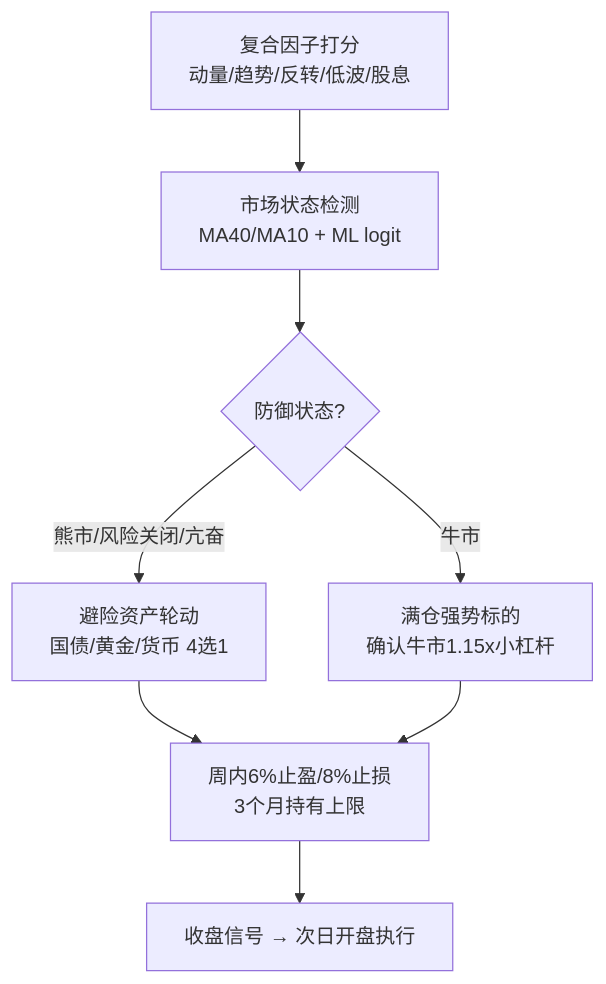
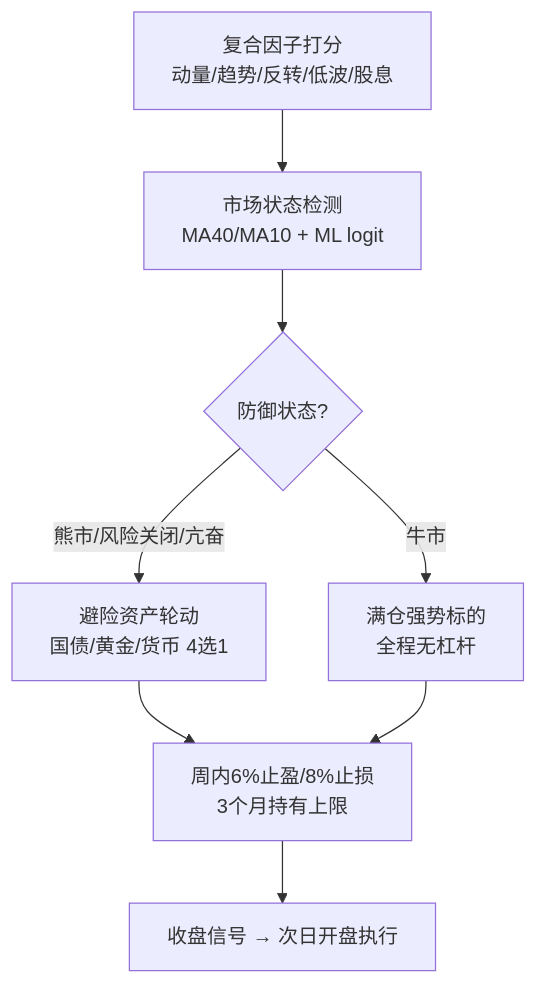
One commit to zhiheng-zhang-Mera/Quant-ultra changed the second of 3 diagrams in README.md. Above: the diagram before and after it, drawn with Mermaid. The commit also changed other lines of this file and 5 other files, not shown here.

````diff
--- a/README.md
+++ b/README.md
@@ -60,10 +60,10 @@
 ```mermaid
 flowchart TD
     S[复合因子打分<br/>动量/趋势/反转/低波/股息] --> R[市场状态检测<br/>MA40/MA10 + ML logit]
     R --> E{防御状态?}
     E -->|熊市/风险关闭/亢奋| H[避险资产轮动<br/>国债/黄金/货币 4选1]
-    E -->|牛市| B[满仓强势标的<br/>确认牛市1.15x小杠杆]
+    E -->|牛市| B[满仓强势标的<br/>全程无杠杆]
     H --> X[周内6%止盈/8%止损<br/>3个月持有上限]
     B --> X
     X --> P[收盘信号 → 次日开盘执行]
 ```
````
